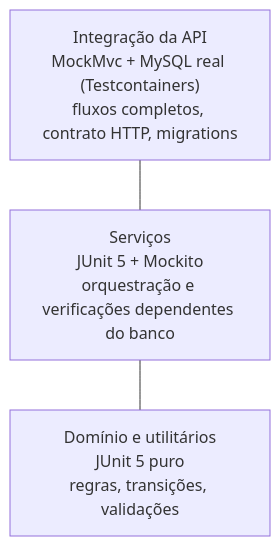
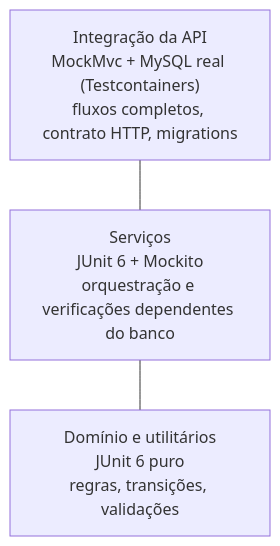
The diagram in docs/04-estrategia-de-testes.md (rafaelsdiniz/obrigacoes-backend), drawn with Mermaid before and after one commit. The commit also changed other lines of this file and 6 other files, not shown here.

````diff
--- a/docs/04-estrategia-de-testes.md
+++ b/docs/04-estrategia-de-testes.md
@@ -19,7 +19,7 @@
 ```mermaid
 flowchart TB
     e2e["Integração da API<br>MockMvc + MySQL real (Testcontainers)<br>fluxos completos, contrato HTTP, migrations"]
-    servico["Serviços<br>JUnit 5 + Mockito<br>orquestração e verificações dependentes do banco"]
-    dominio["Domínio e utilitários<br>JUnit 5 puro<br>regras, transições, validações"]
+    servico["Serviços<br>JUnit 6 + Mockito<br>orquestração e verificações dependentes do banco"]
+    dominio["Domínio e utilitários<br>JUnit 6 puro<br>regras, transições, validações"]
     e2e --- servico --- dominio
 ```
````
